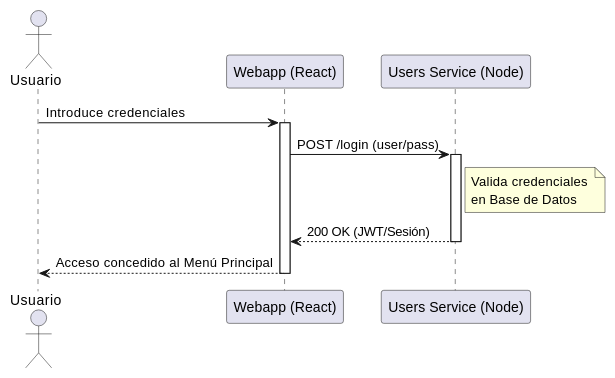
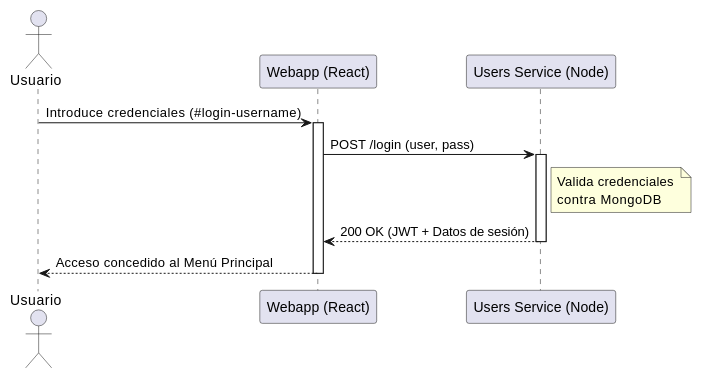
The second of 4 diagrams in docs/src/06_runtime_view.adoc (Arquisoft/yovi_es1b), drawn with PlantUML before and after one commit. The commit also changed other lines of this file, not shown here.

```diff
--- a/docs/src/06_runtime_view.adoc
+++ b/docs/src/06_runtime_view.adoc
@@ -13,16 +38,16 @@
-[plantuml,"Registration_Sequence",png]
+[plantuml,"Login_Sequence",png]
 ----
 actor Usuario
 participant "Webapp (React)" as Webapp
 participant "Users Service (Node)" as Users
 
-Usuario -> Webapp: Introduce credenciales
+Usuario -> Webapp: Introduce credenciales (#login-username)
 activate Webapp
-Webapp -> Users: POST /login (user/pass)
+Webapp -> Users: POST /login (user, pass)
 activate Users
-note right of Users: Valida credenciales \nen Base de Datos
-Users --> Webapp: 200 OK (JWT/Sesión)
+note right of Users: Valida credenciales \ncontra MongoDB
+Users --> Webapp: 200 OK (JWT + Datos de sesión)
 deactivate Users
 Webapp --> Usuario: Acceso concedido al Menú Principal
 deactivate Webapp
 ----
```
